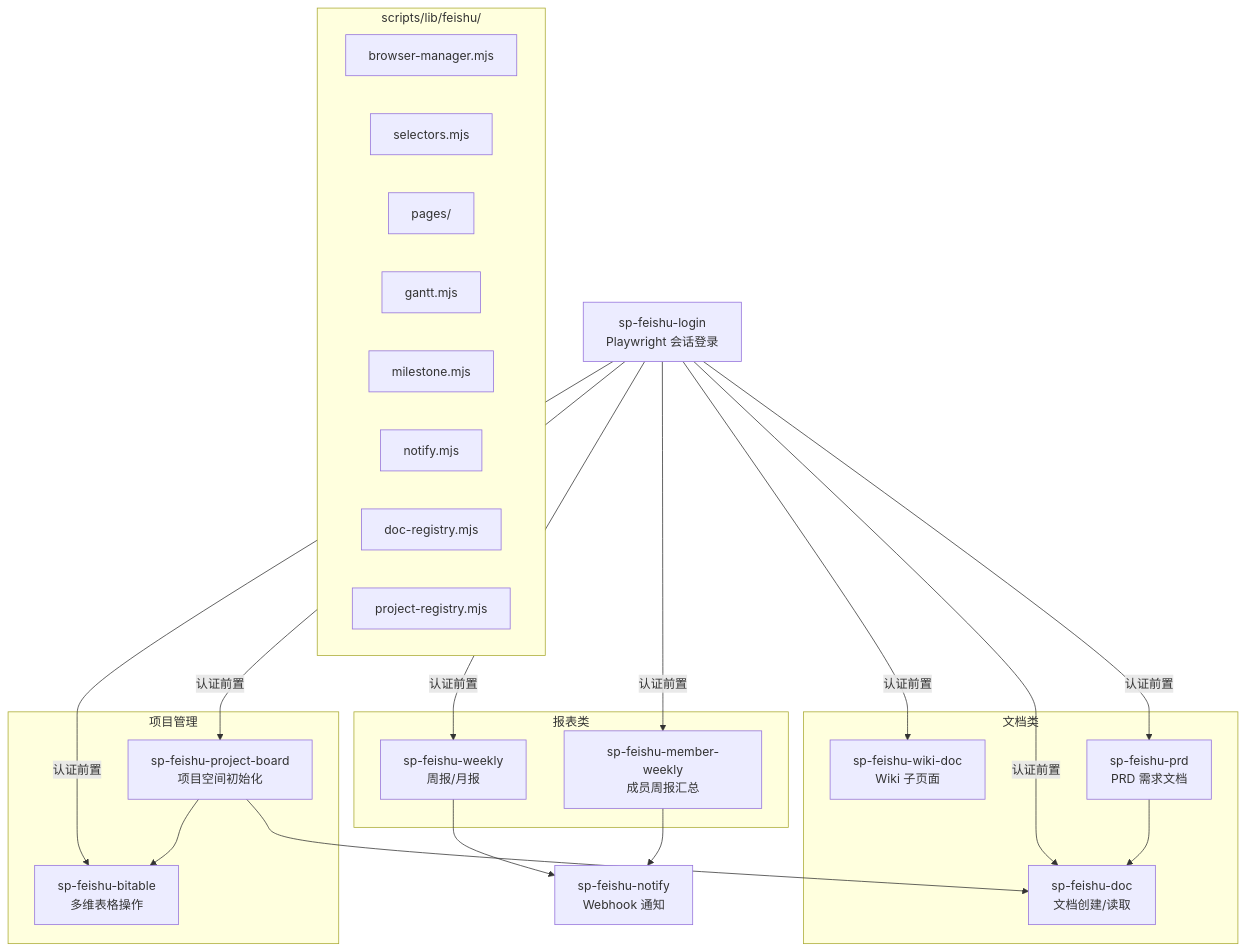
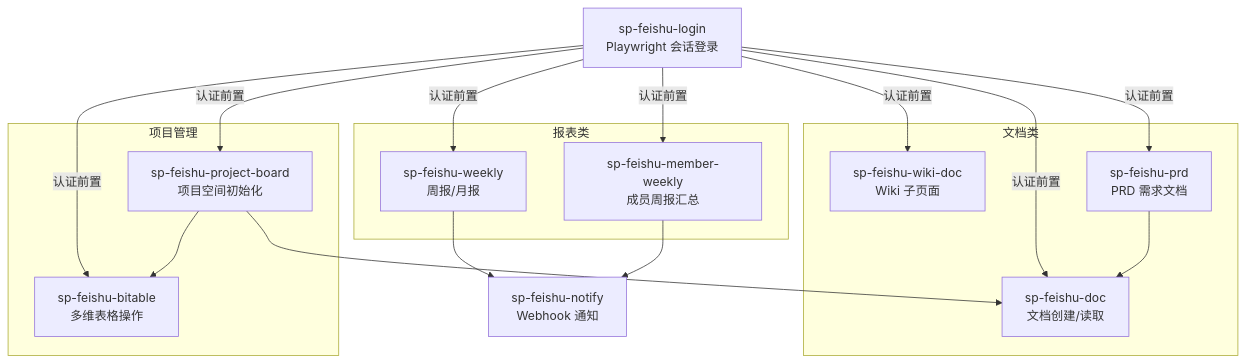
Before and after one commit to stpyx946/sp-governance: the fourth of 4 diagrams in docs/sp-capability-map.md, drawn with Mermaid. The commit also changed other lines of this file and 44 other files, not shown here.

First line of the commit message:
feat: SP Governance v9.0.0-rc.1 — three-layer architecture + OMC/ECC integration

````diff
--- a/docs/sp-capability-map.md
+++ b/docs/sp-capability-map.md
@@ -227,48 +171,27 @@
 ```mermaid
 flowchart TB
     Login["sp-feishu-login<br/>Playwright 会话登录"]
-    
+
     subgraph 文档类
         Doc["sp-feishu-doc<br/>文档创建/读取"]
         Wiki["sp-feishu-wiki-doc<br/>Wiki 子页面"]
         PRD["sp-feishu-prd<br/>PRD 需求文档"]
     end
 
     subgraph 报表类
         Weekly["sp-feishu-weekly<br/>周报/月报"]
         Member["sp-feishu-member-weekly<br/>成员周报汇总"]
     end
 
     subgraph 项目管理
         Board["sp-feishu-project-board<br/>项目空间初始化"]
         Bitable["sp-feishu-bitable<br/>多维表格操作"]
     end
 
     Notify["sp-feishu-notify<br/>Webhook 通知"]
 
-    Login -->|"认证前置"| Doc
-    Login -->|"认证前置"| Wiki
-    Login -->|"认证前置"| PRD
-    Login -->|"认证前置"| Weekly
-    Login -->|"认证前置"| Member
-    Login -->|"认证前置"| Board
-    Login -->|"认证前置"| Bitable
-    
-    Board --> Bitable
-    Board --> Doc
-
-    Weekly --> Notify
-    Member --> Notify
+    Login -->|"认证前置"| Doc & Wiki & PRD & Weekly & Member & Board & Bitable
+    Board --> Bitable & Doc
+    Weekly & Member --> Notify
     PRD --> Doc
-
-    subgraph 底层库["scripts/lib/feishu/"]
-        BM["browser-manager.mjs"]
-        SEL["selectors.mjs"]
-        PAGES["pages/"]
-        GANTT["gantt.mjs"]
-        MILE["milestone.mjs"]
-        NOTIF["notify.mjs"]
-        DREG["doc-registry.mjs"]
-        PREG["project-registry.mjs"]
-    end
 ```
````
